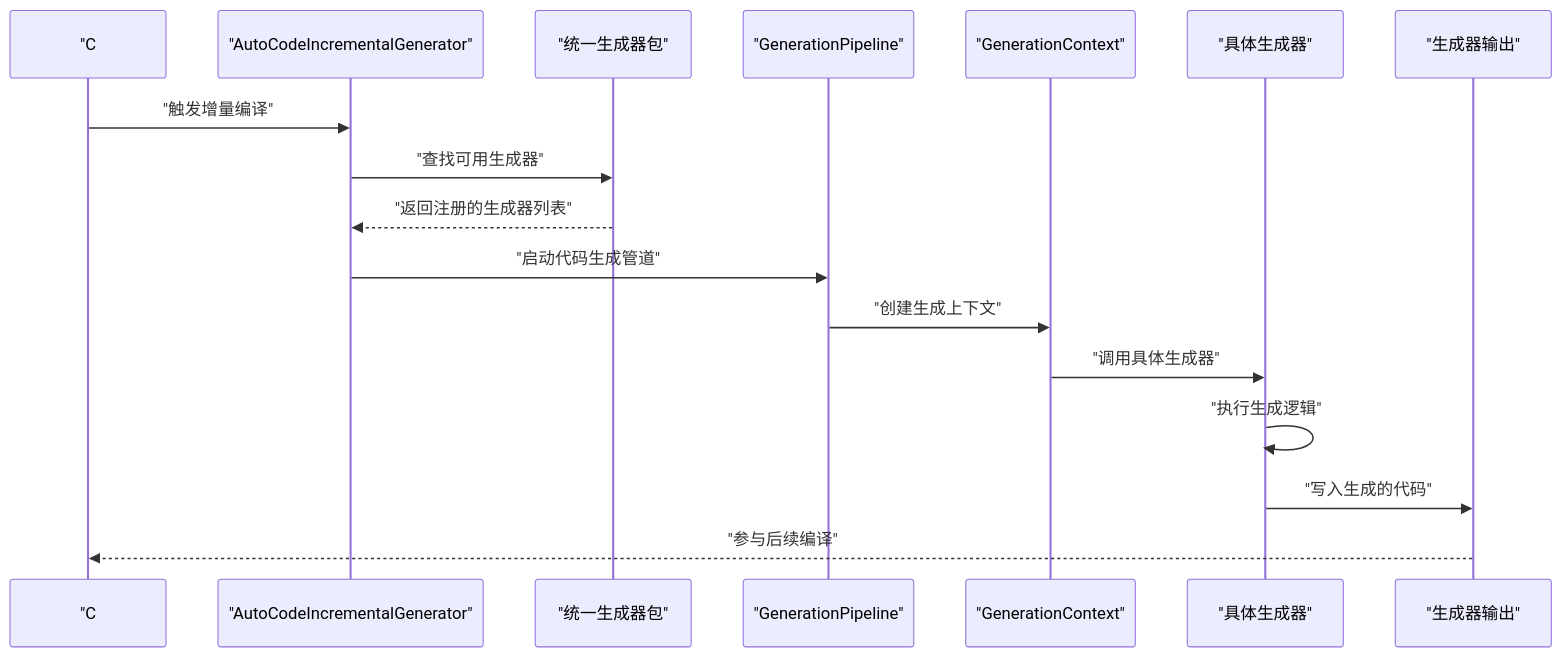
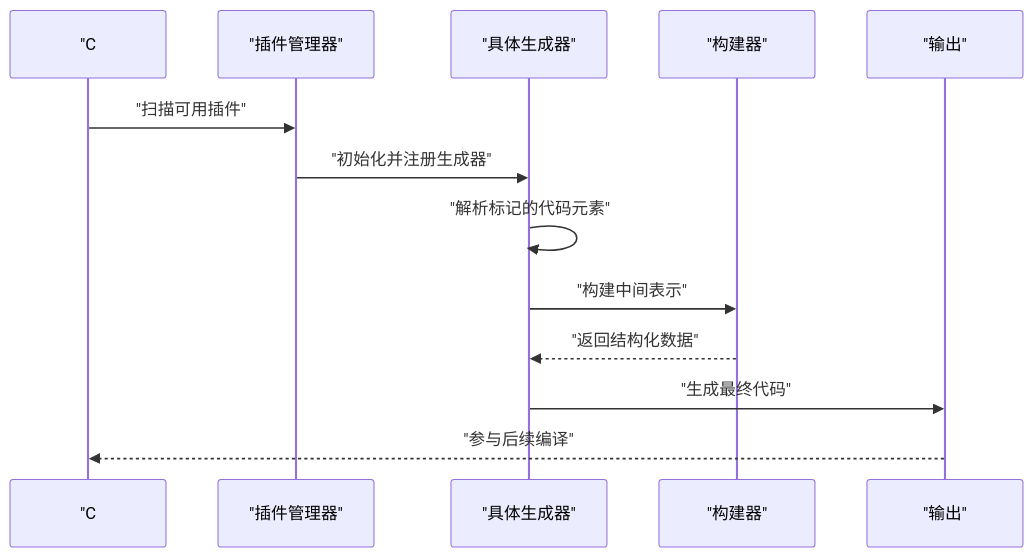
The second of 3 diagrams in .qoder/repowiki/zh/content/源代码生成器/源代码生成器.md (alivy/AutoCode), drawn with Mermaid before and after one commit. The commit also changed other lines of this file and 279 other files, not shown here.

````diff
--- a/.qoder/repowiki/zh/content/源代码生成器/源代码生成器.md
+++ b/.qoder/repowiki/zh/content/源代码生成器/源代码生成器.md
@@ -134,19 +107,15 @@
 ```mermaid
 sequenceDiagram
 participant Compiler as "C# 编译器"
-participant IncGen as "AutoCodeIncrementalGenerator"
-participant UniGen as "统一生成器包"
-participant Pipe as "GenerationPipeline"
-participant Ctx as "GenerationContext"
+participant PluginMgr as "插件管理器"
 participant Gen as "具体生成器"
-participant Output as "生成器输出"
-Compiler->>IncGen : "触发增量编译"
-IncGen->>UniGen : "查找可用生成器"
-UniGen-->>IncGen : "返回注册的生成器列表"
-IncGen->>Pipe : "启动代码生成管道"
-Pipe->>Ctx : "创建生成上下文"
-Ctx->>Gen : "调用具体生成器"
-Gen->>Gen : "执行生成逻辑"
-Gen->>Output : "写入生成的代码"
+participant Builder as "构建器"
+participant Output as "输出"
+Compiler->>PluginMgr : "扫描可用插件"
+PluginMgr->>Gen : "初始化并注册生成器"
+Gen->>Gen : "解析标记的代码元素"
+Gen->>Builder : "构建中间表示"
+Builder-->>Gen : "返回结构化数据"
+Gen->>Output : "生成最终代码"
 Output-->>Compiler : "参与后续编译"
 ```
````
